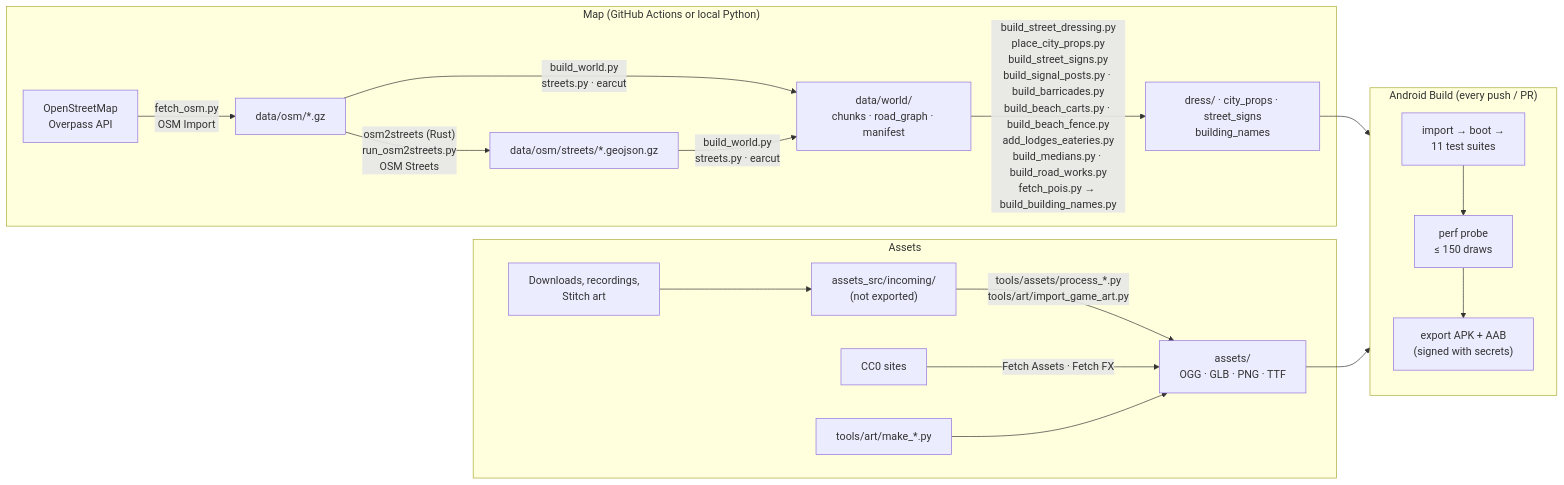
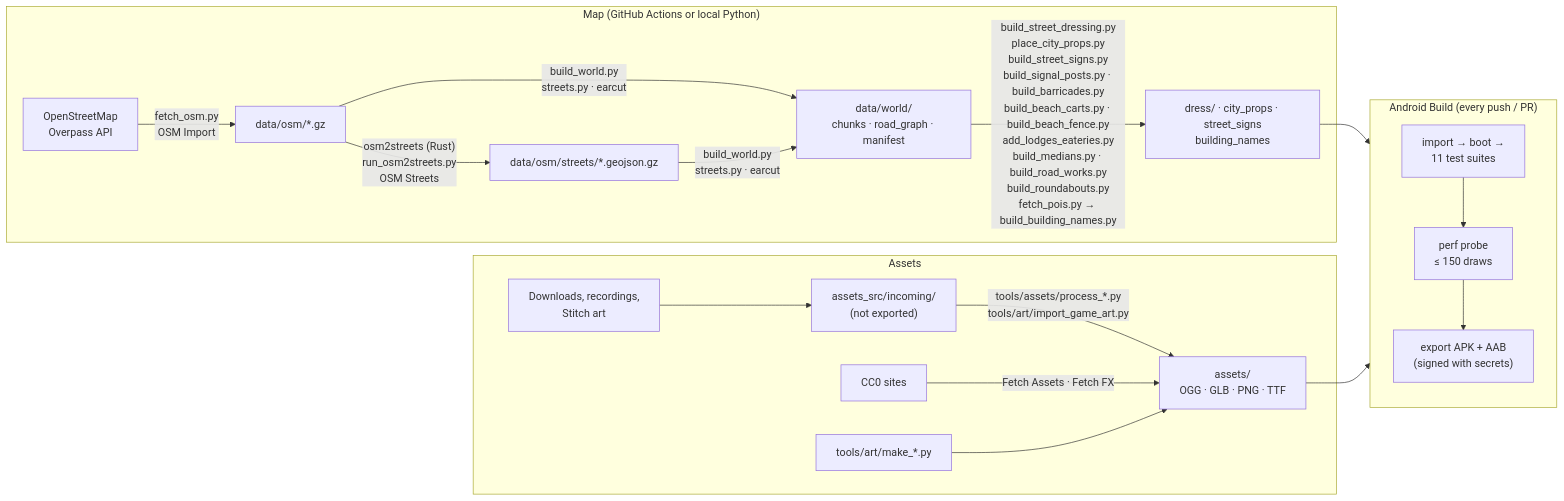
One commit to DavidRajPaul/Auto-Simulator-Game-GoDot changed the second of 2 diagrams in README.md. Above: the diagram before and after it, drawn with Mermaid. The commit also changed other lines of this file and 1 other file, not shown here.

First line of the commit message:
Docs: road sizes + roundabouts (AGENTS lesson, README)

````diff
--- a/README.md
+++ b/README.md
@@ -236,20 +237,20 @@
 ```mermaid
 flowchart LR
   subgraph Map["Map (GitHub Actions or local Python)"]
     OSM["OpenStreetMap<br/>Overpass API"] -->|"fetch_osm.py<br/>OSM Import"| RAW["data/osm/*.gz"]
     RAW -->|"osm2streets (Rust)<br/>run_osm2streets.py<br/>OSM Streets"| LANES["data/osm/streets/*.geojson.gz"]
     RAW & LANES -->|"build_world.py<br/>streets.py · earcut"| WD["data/world/<br/>chunks · road_graph · manifest"]
-    WD -->|"build_street_dressing.py<br/>place_city_props.py<br/>build_street_signs.py<br/>build_signal_posts.py · build_barricades.py<br/>build_beach_carts.py · build_beach_fence.py<br/>add_lodges_eateries.py<br/>build_medians.py · build_road_works.py<br/>fetch_pois.py → build_building_names.py"| WD2["dress/ · city_props · street_signs<br/>building_names"]
+    WD -->|"build_street_dressing.py<br/>place_city_props.py<br/>build_street_signs.py<br/>build_signal_posts.py · build_barricades.py<br/>build_beach_carts.py · build_beach_fence.py<br/>add_lodges_eateries.py<br/>build_medians.py · build_road_works.py<br/>build_roundabouts.py<br/>fetch_pois.py → build_building_names.py"| WD2["dress/ · city_props · street_signs<br/>building_names"]
   end
   subgraph Art["Assets"]
     DL["Downloads, recordings,<br/>Stitch art"] --> INC["assets_src/incoming/<br/>(not exported)"]
     INC -->|"tools/assets/process_*.py<br/>tools/art/import_game_art.py"| ASSETS["assets/<br/>OGG · GLB · PNG · TTF"]
     CC0["CC0 sites"] -->|"Fetch Assets · Fetch FX"| ASSETS
     GEN["tools/art/make_*.py"] --> ASSETS
   end
   subgraph CI["Android Build (every push / PR)"]
     T["import → boot →<br/>11 test suites"] --> P["perf probe<br/>≤ 150 draws"] --> E["export APK + AAB<br/>(signed with secrets)"]
   end
   WD2 --> CI
   ASSETS --> CI
 ```
````
